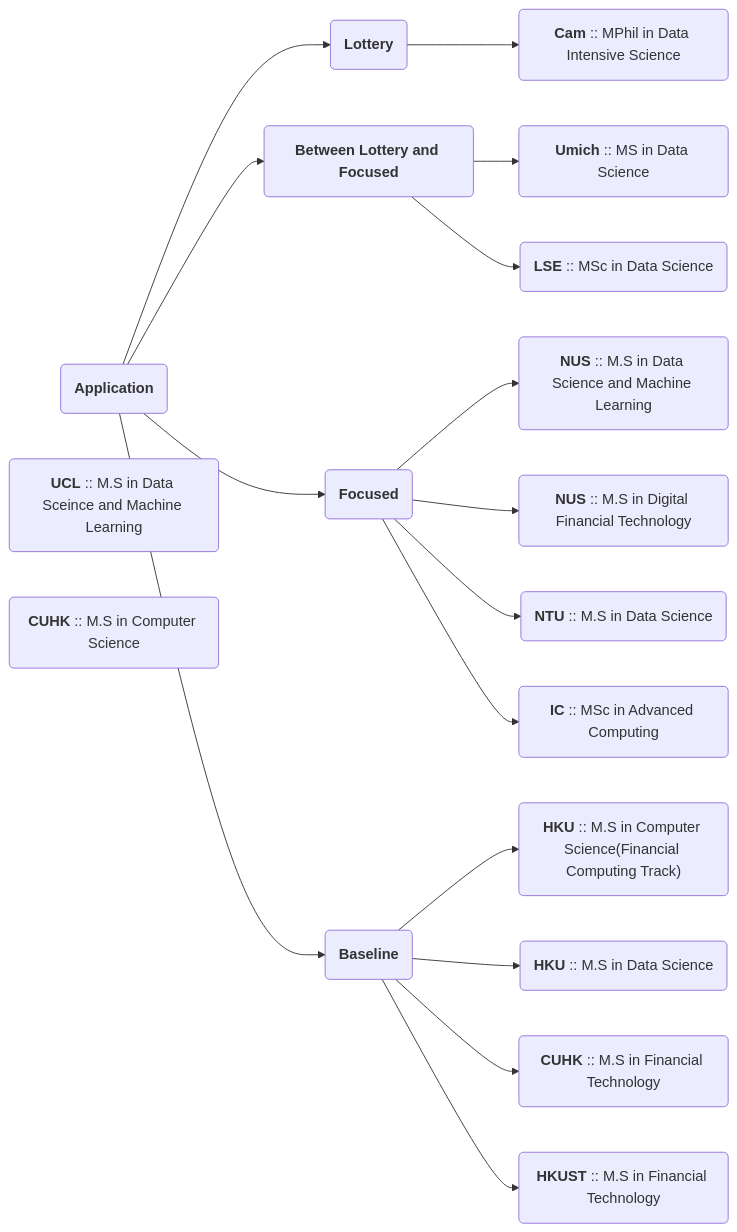
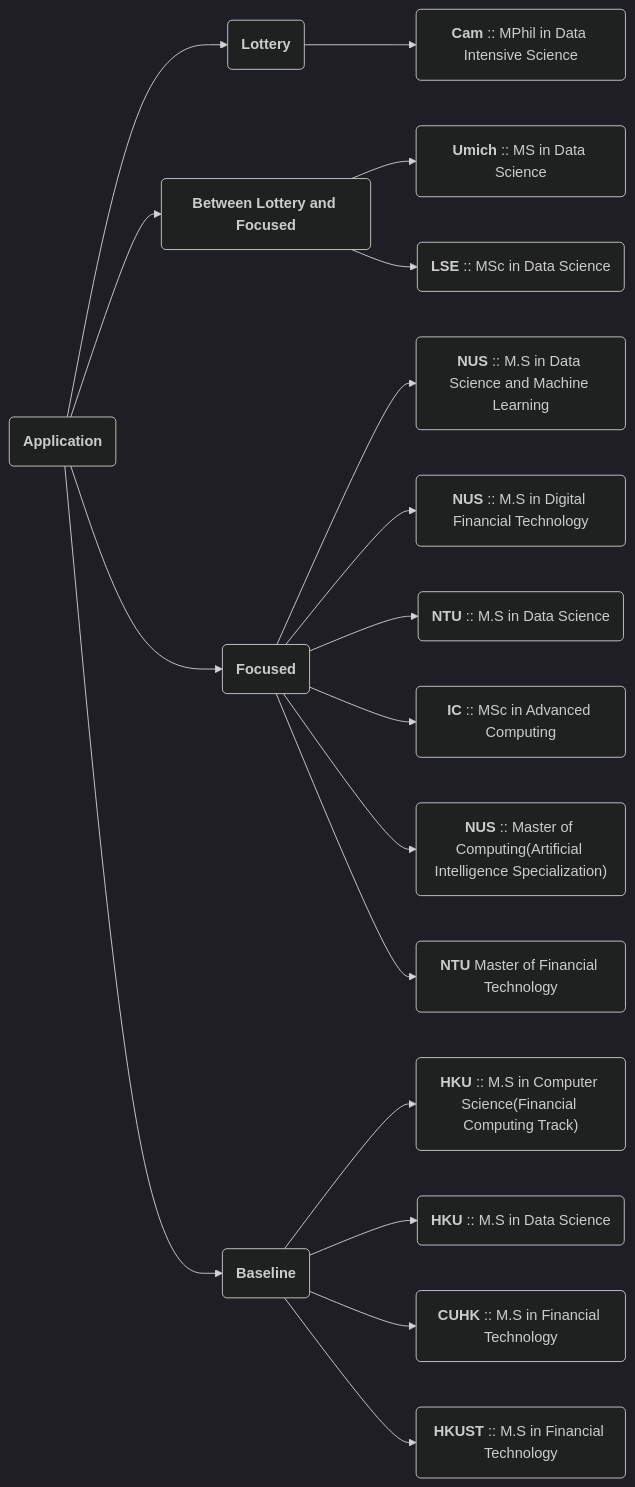
Before and after one commit to Revive-dontwanttocode/Revive-dontwanttocode.github.io: the first of 14 diagrams in _posts/2023-12-15-24Fall申请记录.md, drawn with Mermaid. The commit also changed other lines of this file and 2 other files, not shown here.

````diff
--- a/_posts/2023-12-15-24Fall申请记录.md
+++ b/_posts/2023-12-15-24Fall申请记录.md
@@ -24,36 +20,39 @@
 ```mermaid
+%%{init: {'theme':'dark'}}%%
 graph LR
-  Application("`**Application**`")
-  Lottery("`**Lottery**`");
-  blf("`**Between Lottery and Focused**`")
-  focused("`**Focused**`")
-  baseline("`**Baseline**`")
-  lottery1("`**Cam** :: MPhil in Data Intensive Science`")
-  lottery2("`**Umich** :: MS in Data Science`")
-  blf1("`**UCL** :: M.S in Data Sceince and Machine Learning`")
-  blf2("`**LSE** :: MSc in Data Science`")
-  foc1("`**NUS** :: M.S in Data Science and Machine Learning`");
-  foc2("`**NUS** :: M.S in Digital Financial Technology`")
-  foc3("`**NTU** :: M.S in Data Science`")
-  foc4("`**IC** :: MSc in Advanced Computing`")
-  base1("`**HKU** :: M.S in Computer Science(Financial Computing Track)`")
-  base2("`**HKU** :: M.S in Data Science`")
-  base3("`**CUHK** :: M.S in Computer Science`")
-  base4("`**CUHK** :: M.S in Financial Technology`")
-  base5("`**HKUST** :: M.S in Financial Technology`")
-  Application --> Lottery;
-  Application --> blf;
-  Application --> focused;
-  Application --> baseline
-  Lottery --> lottery1;
-  blf --> lottery2;
-  blf --> blf2;
-  focused --> foc1
-  focused --> foc2
-  focused --> foc3
-  focused --> foc4
-  baseline --> base1
-  baseline --> base2
-  baseline --> base4
-  baseline --> base5
+    Application("`**Application**`")
+    Lottery("`**Lottery**`");
+    blf("`**Between Lottery and Focused**`")
+    focused("`**Focused**`")
+    baseline("`**Baseline**`")
+    lottery1("`**Cam** :: MPhil in Data Intensive Science`")
+    lottery2("`**Umich** :: MS in Data Science`")
+    blf2("`**LSE** :: MSc in Data Science`")
+    foc1("`**NUS** :: M.S in Data Science and Machine Learning`");
+    foc2("`**NUS** :: M.S in Digital Financial Technology`")
+    foc3("`**NTU** :: M.S in Data Science`")
+    foc4("`**IC** :: MSc in Advanced Computing`")
+    foc5("`**NUS** :: Master of Computing(Artificial Intelligence Specialization)`")
+    foc6("`**NTU** Master of Financial Technology`")
+    base1("`**HKU** :: M.S in Computer Science(Financial Computing Track)`")
+    base2("`**HKU** :: M.S in Data Science`")
+    base4("`**CUHK** :: M.S in Financial Technology`")
+    base5("`**HKUST** :: M.S in Financial Technology`")
+    Application --> Lottery;
+    Application --> blf;
+    Application --> focused;
+    Application --> baseline
+    Lottery --> lottery1;
+    blf --> lottery2;
+    blf --> blf2;
+    focused --> foc1
+    focused --> foc2
+    focused --> foc3
+    focused --> foc4
+    focused --> foc5
+    focused --> foc6
+    baseline --> base1
+    baseline --> base2
+    baseline --> base4
+    baseline --> base5
 ```
````
